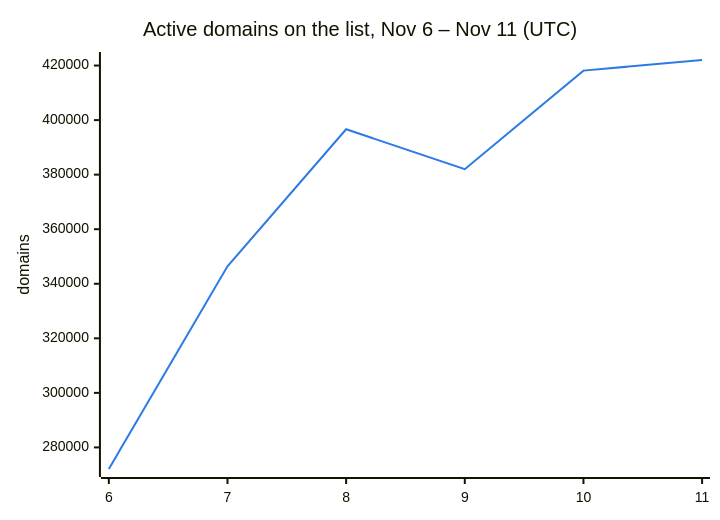
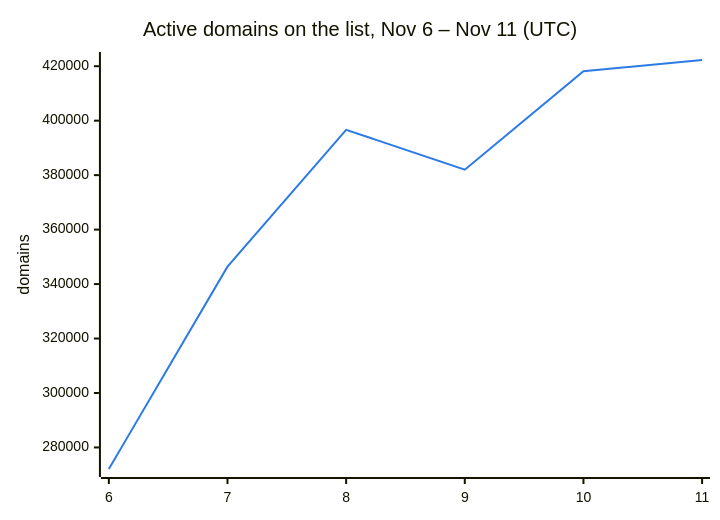
One commit to DNSBunker/CTI changed the second of 3 diagrams in README.md. Above: the diagram before and after it, drawn with Mermaid. The commit also changed other lines of this file and 3 other files, not shown here.

````diff
--- a/README.md
+++ b/README.md
@@ -38,8 +38,8 @@
 ```mermaid
 %%{init: {"themeVariables": {"xyChart": {"plotColorPalette": "#2c7be5"}}}}%%
 xychart-beta
     title "Active domains on the list, Nov 6 – Nov 11 (UTC)"
     x-axis ["6", "7", "8", "9", "10", "11"]
     y-axis "domains"
-    line [272088, 346388, 396638, 382009, 418143, 422032]
+    line [272088, 346388, 396638, 382009, 418143, 422278]
 ```
````
